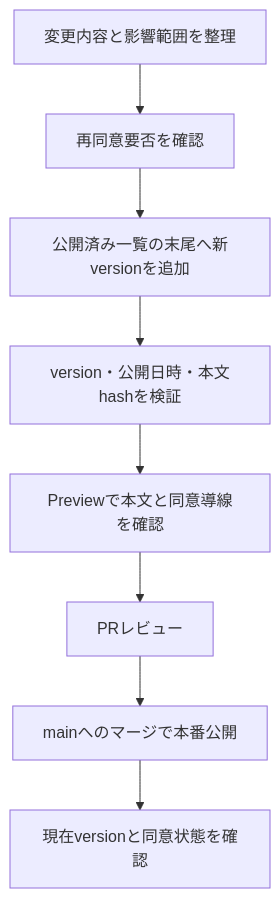
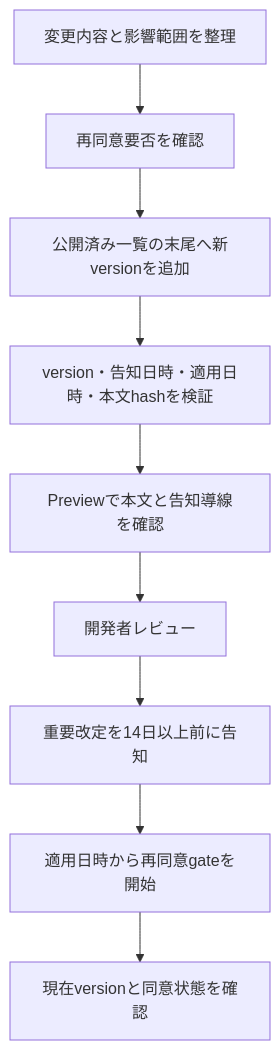
The diagram in docs/development/service-terms-release.md (kkyosuke/me-builder), drawn with Mermaid before and after one commit. The commit also changed other lines of this file and 56 other files, not shown here.

````diff
--- a/docs/development/service-terms-release.md
+++ b/docs/development/service-terms-release.md
@@ -25,10 +25,11 @@
 ```mermaid
 flowchart TD
     A[変更内容と影響範囲を整理] --> B[再同意要否を確認]
     B --> C[公開済み一覧の末尾へ新versionを追加]
-    C --> D[version・公開日時・本文hashを検証]
-    D --> E[Previewで本文と同意導線を確認]
-    E --> F[PRレビュー]
-    F --> G[mainへのマージで本番公開]
-    G --> H[現在versionと同意状態を確認]
+    C --> D[version・告知日時・適用日時・本文hashを検証]
+    D --> E[Previewで本文と告知導線を確認]
+    E --> F[開発者レビュー]
+    F --> G[重要改定を14日以上前に告知]
+    G --> H[適用日時から再同意gateを開始]
+    H --> I[現在versionと同意状態を確認]
 ```
````
